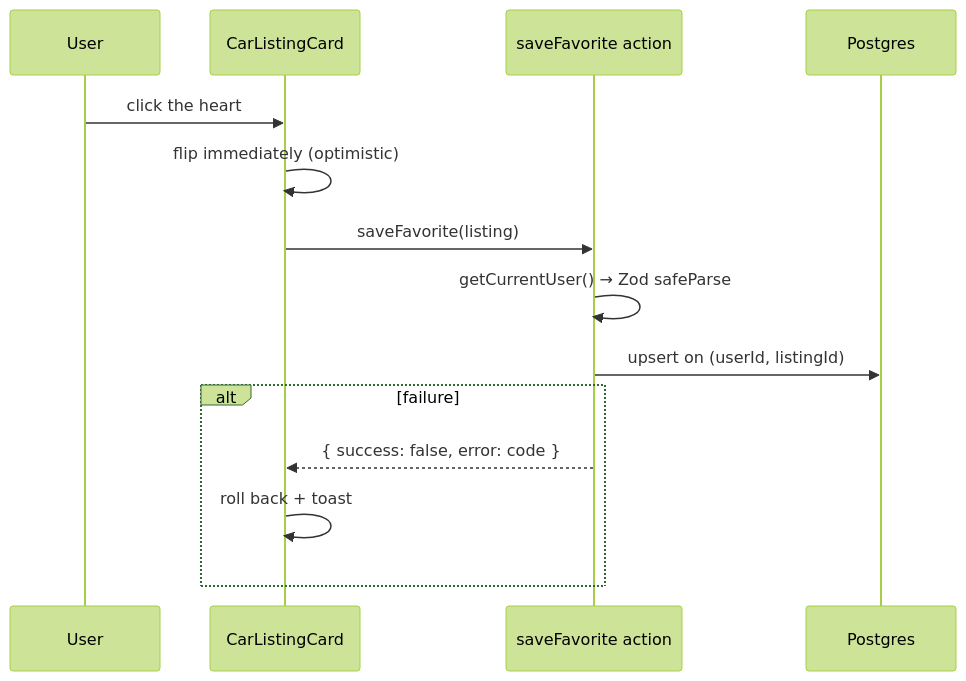
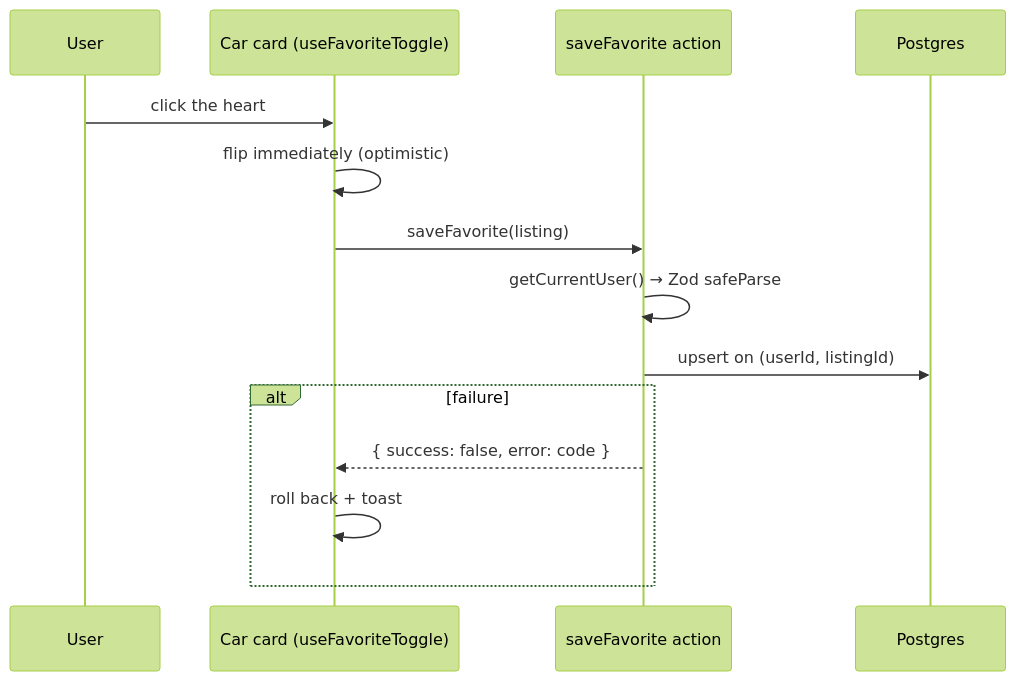
One commit to algusaem/buycarmap changed the fourth of 6 diagrams in docs/ARCHITECTURE.md. Above: the diagram before and after it, drawn with Mermaid (forest theme). The commit also changed other lines of this file and 675 other files, not shown here.

````diff
--- a/docs/ARCHITECTURE.md
+++ b/docs/ARCHITECTURE.md
@@ -223,17 +240,17 @@
 ```mermaid
 sequenceDiagram
     participant U as User
-    participant C as CarListingCard
+    participant C as Car card (useFavoriteToggle)
     participant A as saveFavorite action
     participant DB as Postgres
 
     U->>C: click the heart
     C->>C: flip immediately (optimistic)
     C->>A: saveFavorite(listing)
     A->>A: getCurrentUser() → Zod safeParse
     A->>DB: upsert on (userId, listingId)
     alt failure
         A-->>C: { success: false, error: code }
         C->>C: roll back + toast
     end
 ```
````
